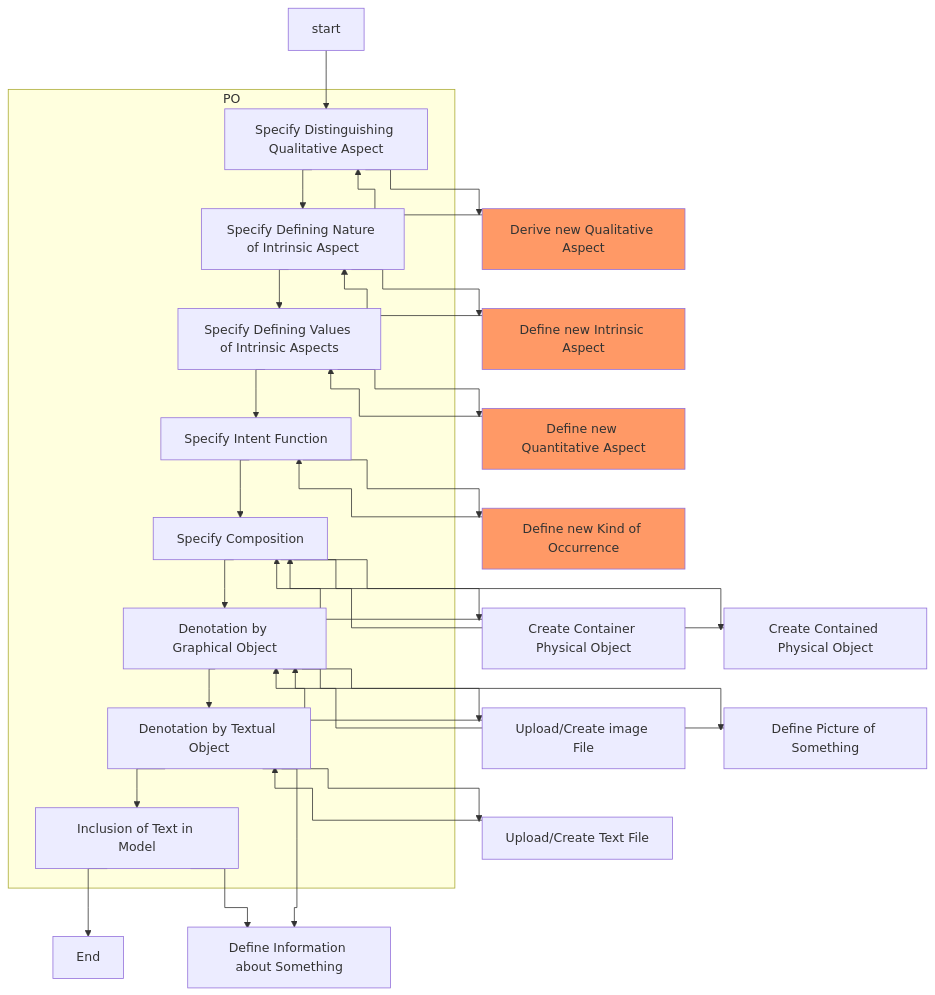
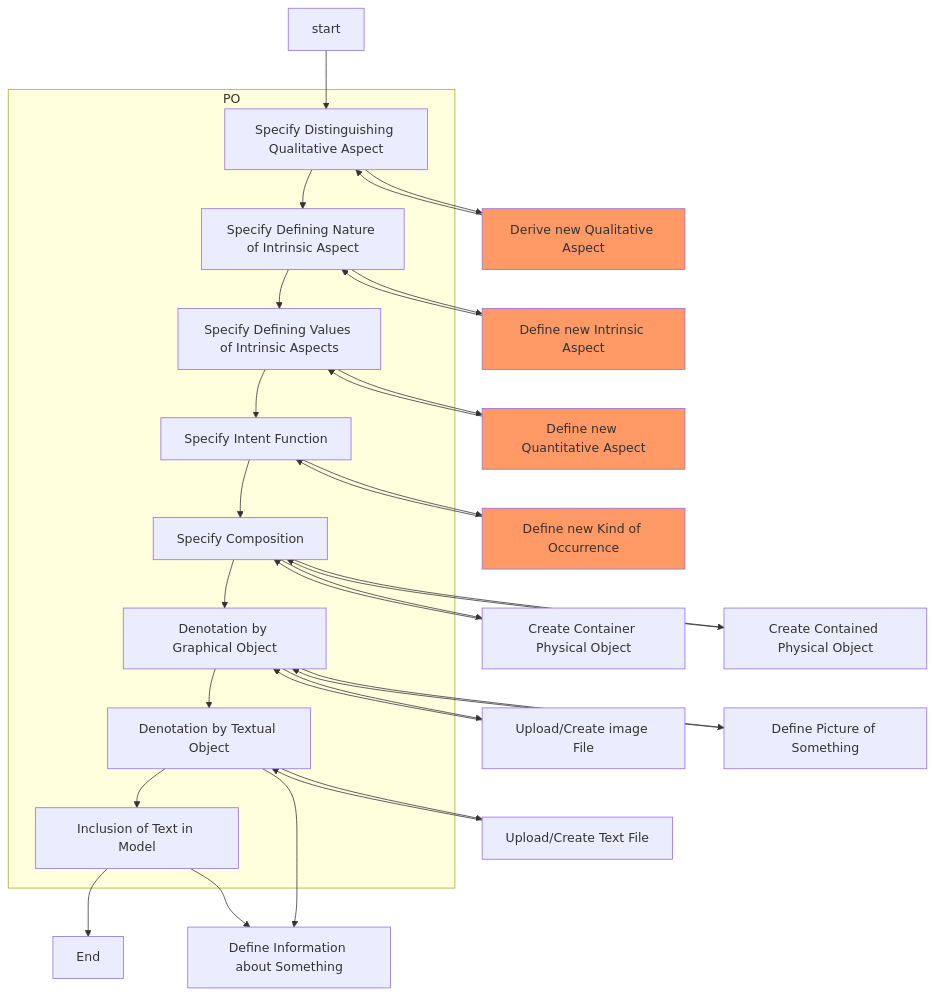
Before and after one commit to corpus-relica/corpus-relica.github.io: the diagram in docs/design/theory/quintessential-modelling/modelling-procedures/physical-object-definition-model.md, drawn with Mermaid. The commit also changed 2 other files, not shown here.

Commit message:
capturing notes as (more) formal diagrams

````diff
--- a/docs/design/theory/quintessential-modelling/modelling-procedures/physical-object-definition-model.md
+++ b/docs/design/theory/quintessential-modelling/modelling-procedures/physical-object-definition-model.md
@@ -3,62 +3,61 @@
 ```mermaid
-%%{ init: { 'flowchart': { 'curve': 'stepAfter' } } }%%
 flowchart TB
     PO.SDQA[Specify Distinguishing Qualitative Aspect]
     DNQualA[Derive new Qualitative Aspect]
     PO.SDNIA[Specify Defining Nature of Intrinsic Aspect]
     DNIntrA[Define new Intrinsic Aspect]
     SDVIA[Specify Defining Values of Intrinsic Aspects]
     DNQuantA[Define new Quantitative Aspect]
     PO.SIF[Specify Intent Function]
     DNKO[Define new Kind of Occurrence]
     PO.SC[Specify Composition]
     CCrPO[Create Container Physical Object]
     CCdPO[Create Contained Physical Object]
     DGO[Denotation by Graphical Object]
     DGO_UCIF[Upload/Create image File]
     DGO_DPS[Define Picture of Something]
     PO.DTO[Denotation by Textual Object]
     DTO_UCTF[Upload/Create Text File]
     DTO_DIS[Define Information about Something]
     PO.ITM[Inclusion of Text in Model]
     E[End]
 
     start --> PO.SDQA
     subgraph PO
         PO.SDQA --> PO.SDNIA
         PO.SDNIA --> SDVIA
         SDVIA --> PO.SIF
         PO.SIF --> PO.SC
         PO.SC --> DGO
         DGO --> PO.DTO
         PO.DTO --> PO.ITM
     end
     PO.ITM --> E
     PO.SDQA --> DNQualA
     DNQualA:::external --> PO.SDQA
     PO.SDNIA --> DNIntrA
     DNIntrA:::external --> PO.SDNIA
     SDVIA --> DNQuantA
     DNQuantA:::external --> SDVIA
     PO.SIF --> DNKO
     DNKO:::external --> PO.SIF
     PO.SC --> CCrPO
     CCrPO --> PO.SC
     PO.SC --> CCdPO
     CCdPO --> PO.SC
     DGO --> DGO_UCIF
     DGO_UCIF --> DGO
     DGO --> DGO_DPS
     DGO_DPS --> DGO
     PO.DTO --> DTO_UCTF
     DTO_UCTF --> PO.DTO
     PO.DTO --> DTO_DIS
     PO.ITM --> DTO_DIS
 
     click DNQualA "/docs/design/theory/quintessential-modelling/modelling-procedures/aspect-definition-model" "This is a tooltip for a link"
     click DNIntrA "/docs/design/theory/quintessential-modelling/modelling-procedures/aspect-definition-model"
     click DNQuantA "/docs/design/theory/quintessential-modelling/modelling-procedures/aspect-definition-model"
     click DNKO "/docs/design/theory/quintessential-modelling/modelling-procedures/occurrence-definition-model"
     
     classDef external fill:#f96
 ```
````
